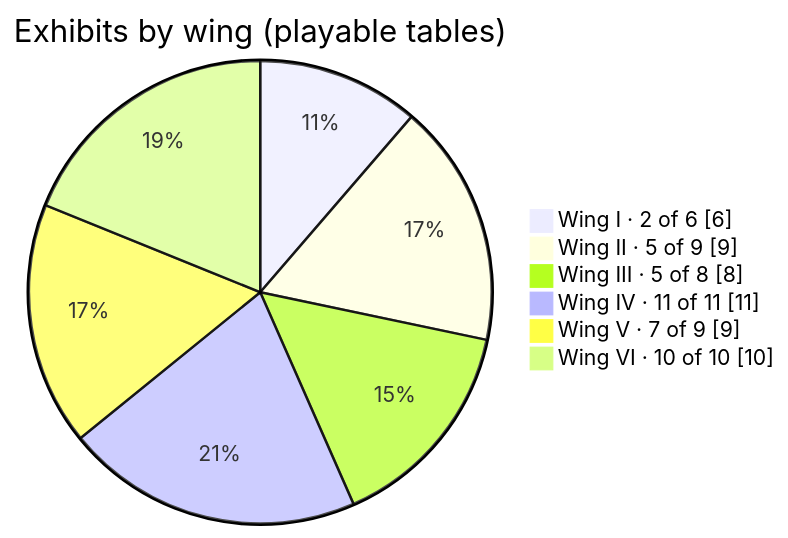
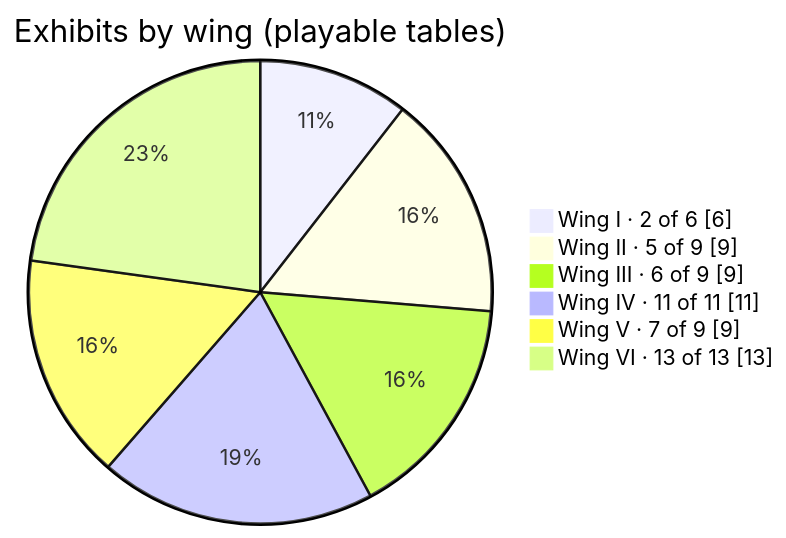
The first of 8 diagrams in docs/exhibits.md (CptNope/Librarium-Archives), drawn with Mermaid before and after one commit. The commit also changed other lines of this file and 15 other files, not shown here.

````diff
--- a/docs/exhibits.md
+++ b/docs/exhibits.md
@@ -7,10 +7,10 @@
 ```mermaid
 pie showData
     title Exhibits by wing (playable tables)
     "Wing I · 2 of 6" : 6
     "Wing II · 5 of 9" : 9
-    "Wing III · 5 of 8" : 8
+    "Wing III · 6 of 9" : 9
     "Wing IV · 11 of 11" : 11
     "Wing V · 7 of 9" : 9
-    "Wing VI · 10 of 10" : 10
+    "Wing VI · 13 of 13" : 13
 ```
````
